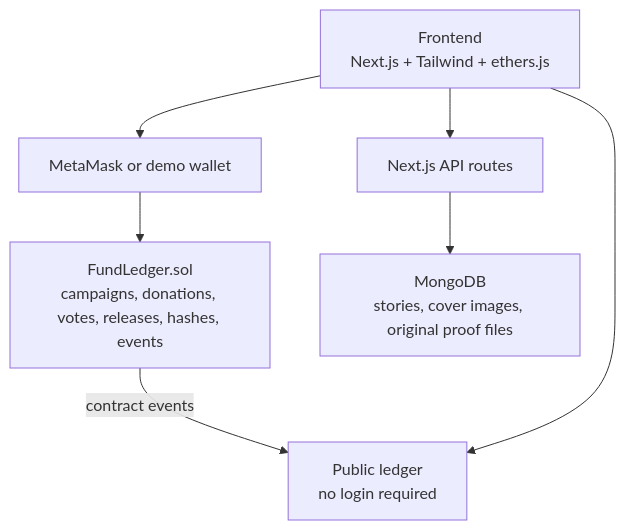
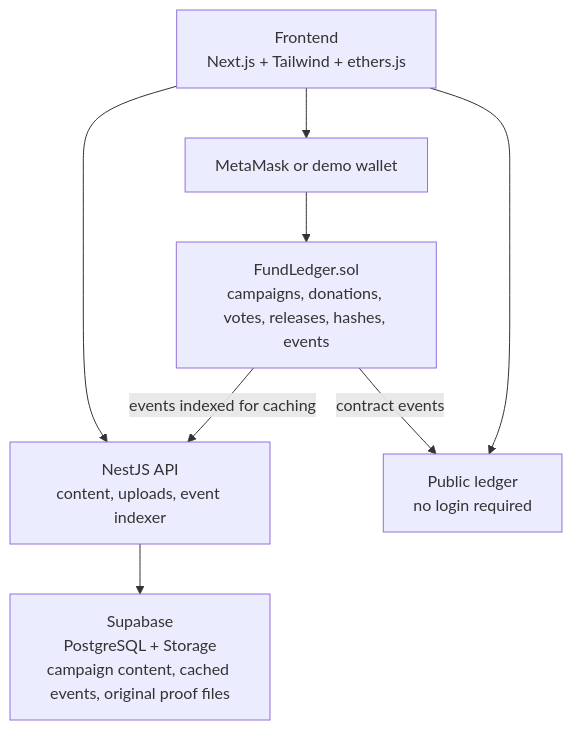
Before and after one commit to anoopcodehack/FundTrace: the third of 3 diagrams in README.md, drawn with Mermaid. The commit also changed other lines of this file, not shown here.

````diff
--- a/README.md
+++ b/README.md
@@ -141,9 +143,10 @@
 ```mermaid
 flowchart TB
     FE["Frontend<br/>Next.js + Tailwind + ethers.js"] --> WAL["MetaMask or demo wallet"]
     WAL --> SC["FundLedger.sol<br/>campaigns, donations, votes, releases, hashes, events"]
-    FE --> API["Next.js API routes"]
-    API --> DB["MongoDB<br/>stories, cover images, original proof files"]
+    FE --> API["NestJS API<br/>content, uploads, event indexer"]
+    API --> DB["Supabase<br/>PostgreSQL + Storage<br/>campaign content, cached events, original proof files"]
+    SC -->|"events indexed for caching"| API
     SC -->|"contract events"| LEDGER["Public ledger<br/>no login required"]
     FE --> LEDGER
 ```
````
